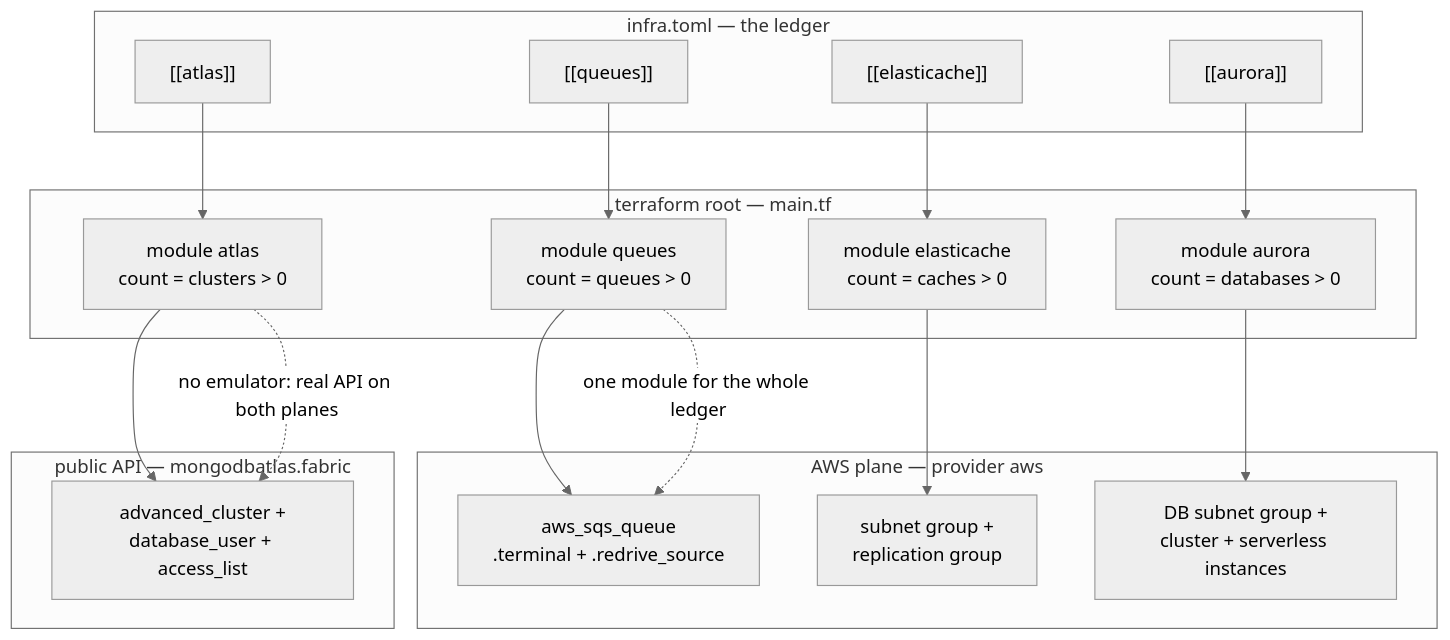
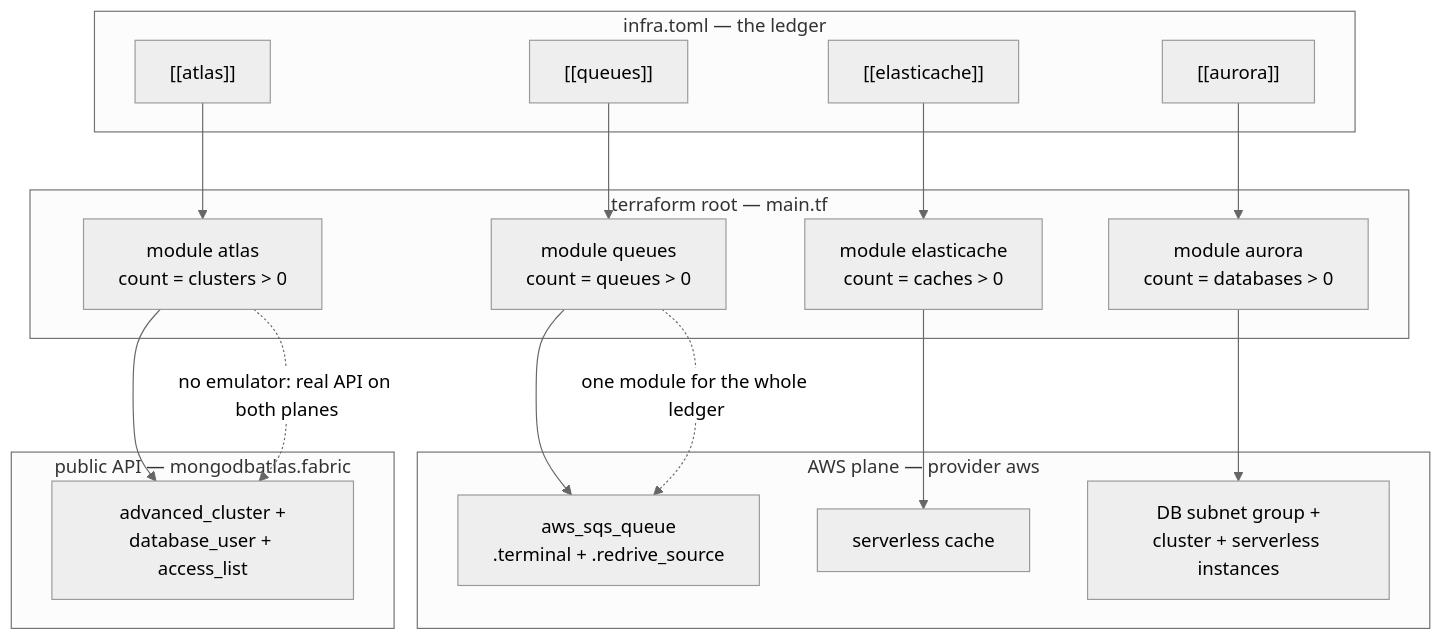
The first of 3 diagrams in infra/docs/concepts/architecture.md (kunalPisolkar24/detectAI), drawn with Mermaid (neutral theme) before and after one commit. The commit also changed other lines of this file and 48 other files, not shown here.

Commit message:
Migrate shared cache to ElastiCache Serverless and remove chats Redis auth token

````diff
--- a/infra/docs/concepts/architecture.md
+++ b/infra/docs/concepts/architecture.md
@@ -11,33 +11,33 @@
 ```mermaid
 graph TB
     subgraph DECL["infra.toml — the ledger"]
         Q["[[queues]]"]
         C["[[elasticache]]"]
         A["[[atlas]]"]
         D["[[aurora]]"]
     end
 
     subgraph ROOT["terraform root — main.tf"]
         MQ["module queues<br/>count = queues > 0"]
         MC["module elasticache<br/>count = caches > 0"]
         MA["module atlas<br/>count = clusters > 0"]
         MD["module aurora<br/>count = databases > 0"]
     end
 
     subgraph AWS["AWS plane — provider aws"]
         SQS["aws_sqs_queue<br/>.terminal + .redrive_source"]
-        Redis["subnet group +<br/>replication group"]
+        Redis["serverless cache"]
         Aurora["DB subnet group +<br/>cluster + serverless instances"]
     end
 
     subgraph PUBLIC["public API — mongodbatlas.fabric"]
         Atlas["advanced_cluster +<br/>database_user + access_list"]
     end
 
     Q --> MQ --> SQS
     C --> MC --> Redis
     D --> MD --> Aurora
     A --> MA --> Atlas
     MQ -.->|"one module for the whole ledger"| SQS
     MA -.->|"no emulator: real API on both planes"| Atlas
 ```
````
